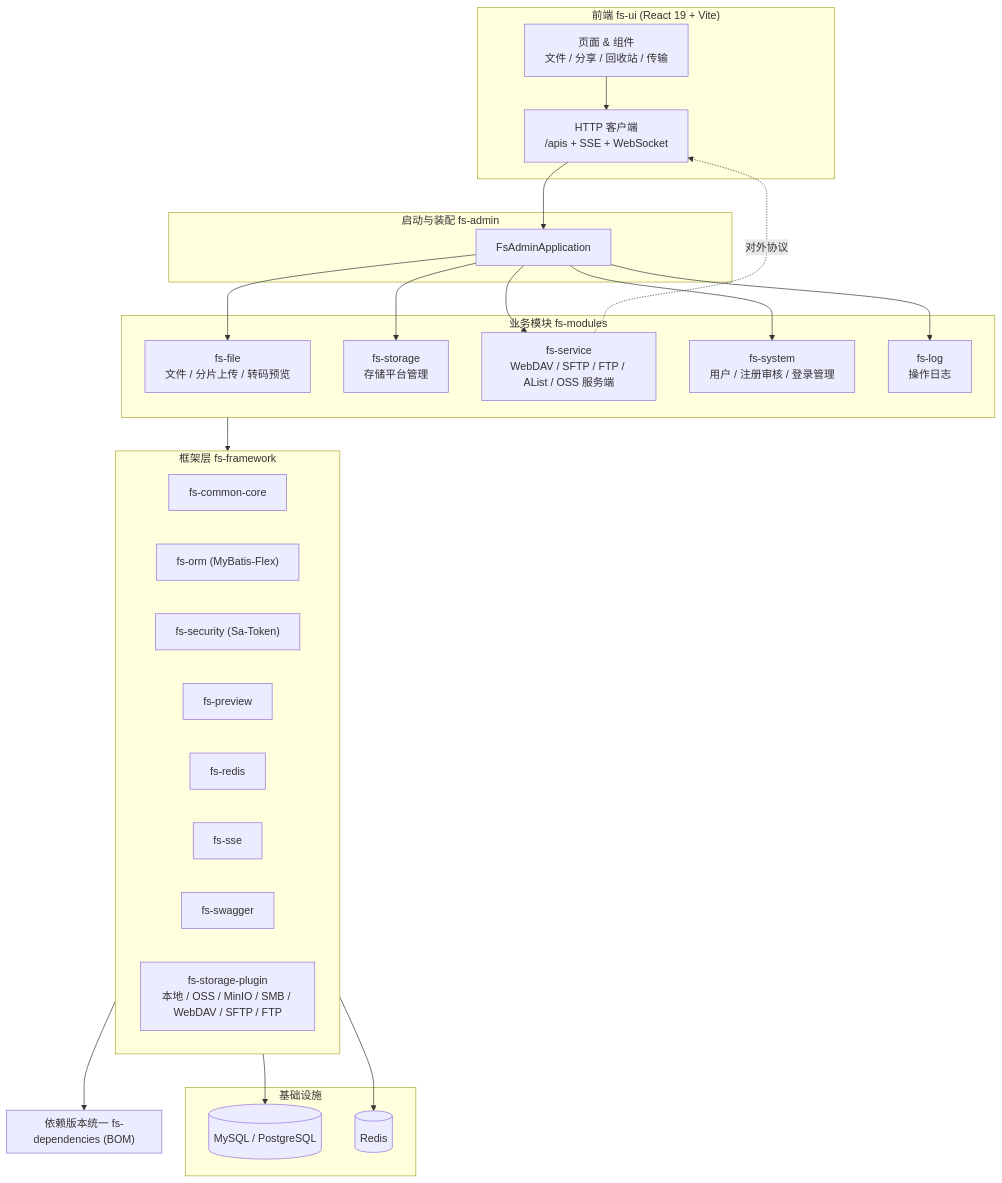
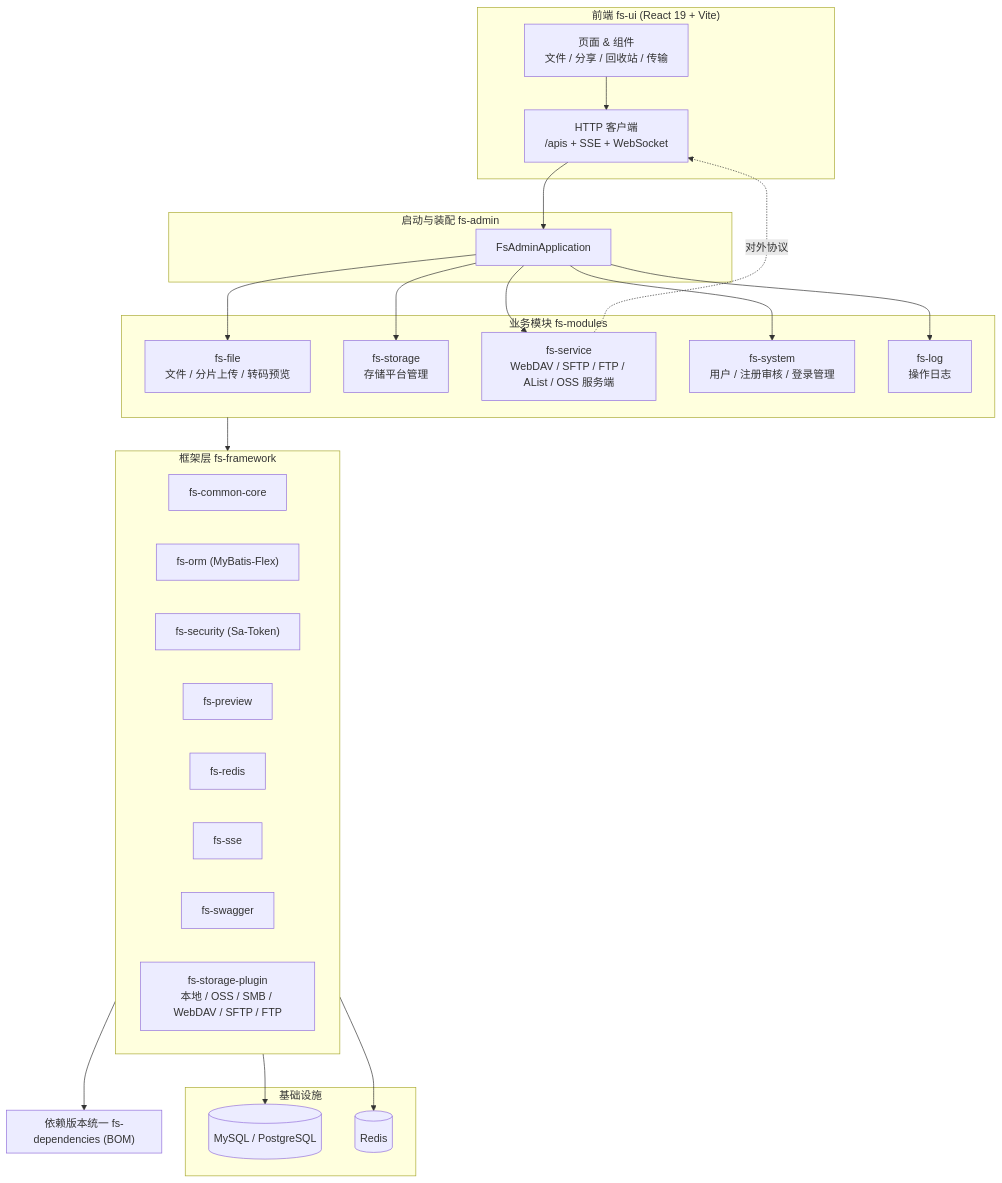
The diagram in README.md (guangheUlti/gfs), drawn with Mermaid before and after one commit. The commit also changed other lines of this file and 6 other files, not shown here.

````diff
--- a/README.md
+++ b/README.md
@@ -250,46 +250,46 @@
 ```mermaid
 flowchart TB
     subgraph UI["前端 fs-ui (React 19 + Vite)"]
         UI_PAGES["页面 & 组件<br/>文件 / 分享 / 回收站 / 传输"]
         UI_HTTP["HTTP 客户端<br/>/apis + SSE + WebSocket"]
     end
 
     subgraph ADMIN["启动与装配 fs-admin"]
         ADMIN_APP["FsAdminApplication"]
     end
 
     subgraph MODULES["业务模块 fs-modules"]
         FILE["fs-file<br/>文件 / 分片上传 / 转码预览"]
         STORAGE["fs-storage<br/>存储平台管理"]
         SERVICE["fs-service<br/>WebDAV / SFTP / FTP / AList / OSS 服务端"]
         SYSTEM["fs-system<br/>用户 / 注册审核 / 登录管理"]
         LOG["fs-log<br/>操作日志"]
     end
 
     subgraph FRAMEWORK["框架层 fs-framework"]
         CORE["fs-common-core"]
         ORM["fs-orm (MyBatis-Flex)"]
         SECURITY["fs-security (Sa-Token)"]
         PREVIEW["fs-preview"]
         REDIS["fs-redis"]
         SSE["fs-sse"]
         SWAGGER["fs-swagger"]
-        SPLUGIN["fs-storage-plugin<br/>本地 / OSS / MinIO / SMB / WebDAV / SFTP / FTP"]
+        SPLUGIN["fs-storage-plugin<br/>本地 / OSS / SMB / WebDAV / SFTP / FTP"]
     end
 
     subgraph INFRA["基础设施"]
         MYSQL[("MySQL / PostgreSQL")]
         REDIS_DB[("Redis")]
     end
 
     subgraph BOM["依赖版本统一 fs-dependencies (BOM)"]
     end
 
     UI_HTTP --> ADMIN_APP
     UI_PAGES --> UI_HTTP
 
     ADMIN_APP --> FILE & STORAGE & SERVICE & SYSTEM & LOG
     MODULES --> FRAMEWORK
     FRAMEWORK --> BOM & REDIS_DB & MYSQL
     SERVICE -. "对外协议" .-> UI_HTTP
 ```
````
